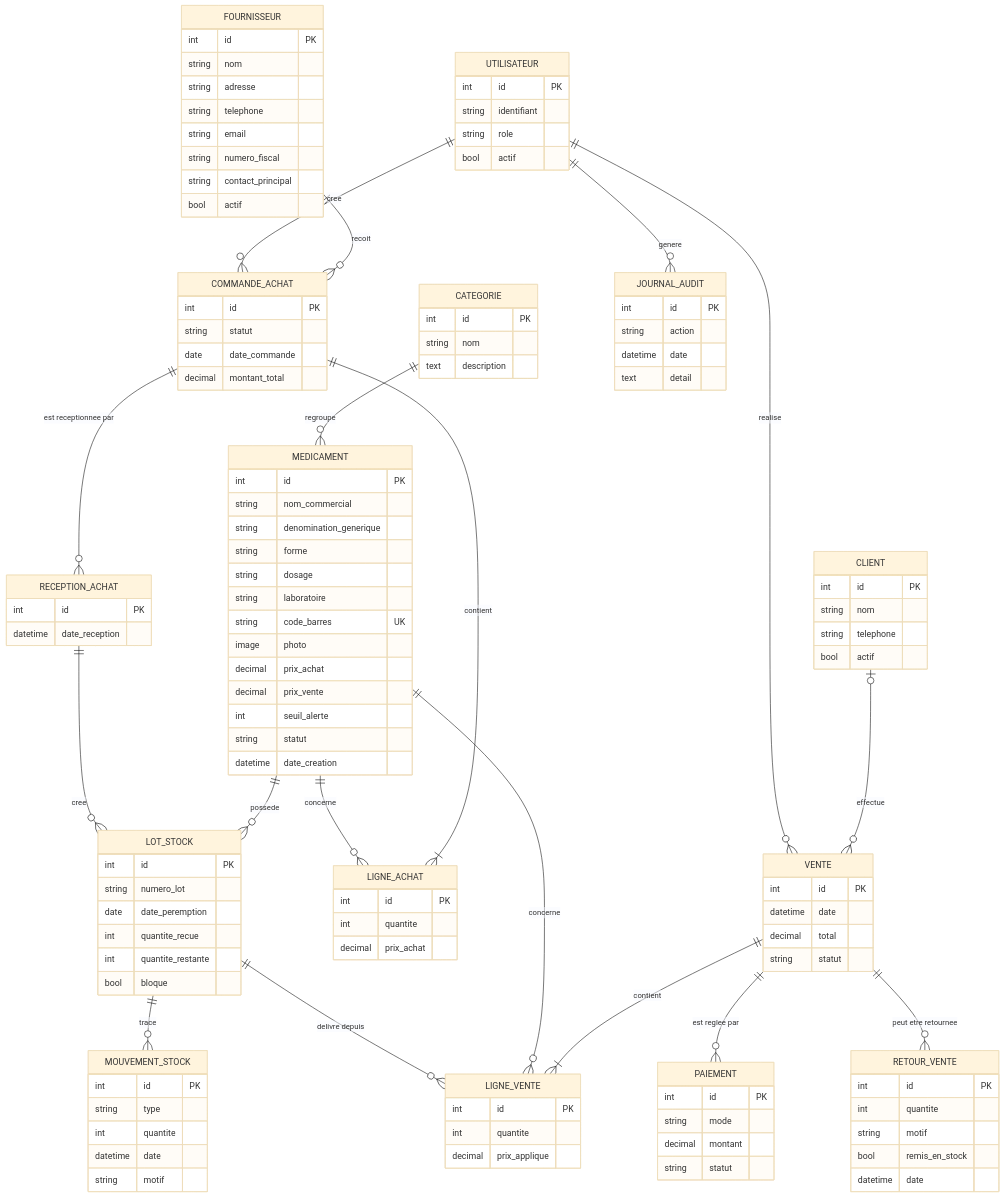
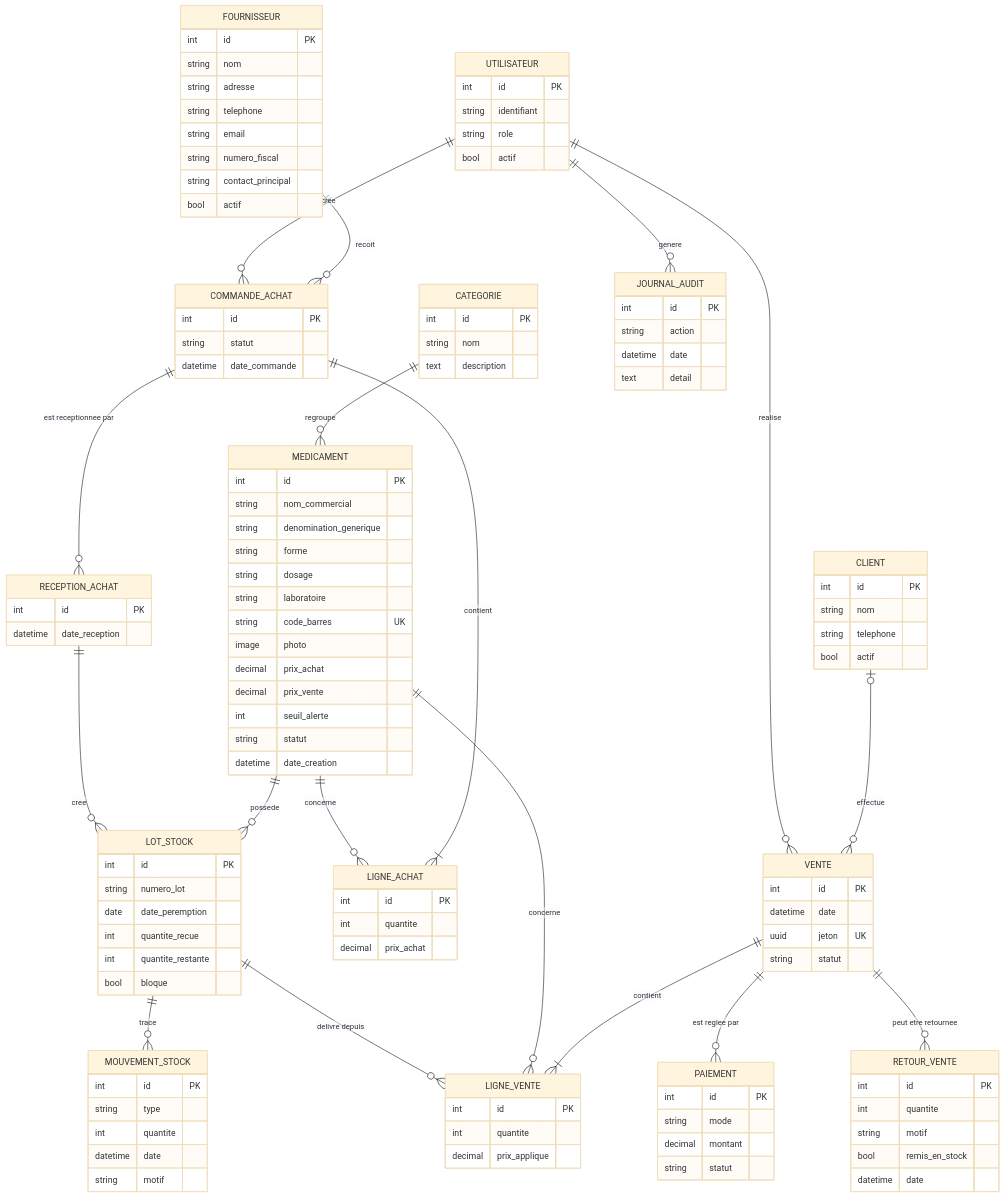
One commit to Mathieu-35/pharmagest changed the second of 3 diagrams in docs/conception.md. Above: the diagram before and after it, drawn with Mermaid (base theme). The commit also changed other lines of this file and 28 other files, not shown here.

```diff
--- a/docs/conception.md
+++ b/docs/conception.md
@@ -87,8 +87,7 @@
     COMMANDE_ACHAT {
         int id PK
         string statut
-        date date_commande
-        decimal montant_total
+        datetime date_commande
     }
     LIGNE_ACHAT {
         int id PK
@@ -115,7 +114,7 @@
     VENTE {
         int id PK
         datetime date
-        decimal total
+        uuid jeton UK
         string statut
     }
     LIGNE_VENTE {
```
